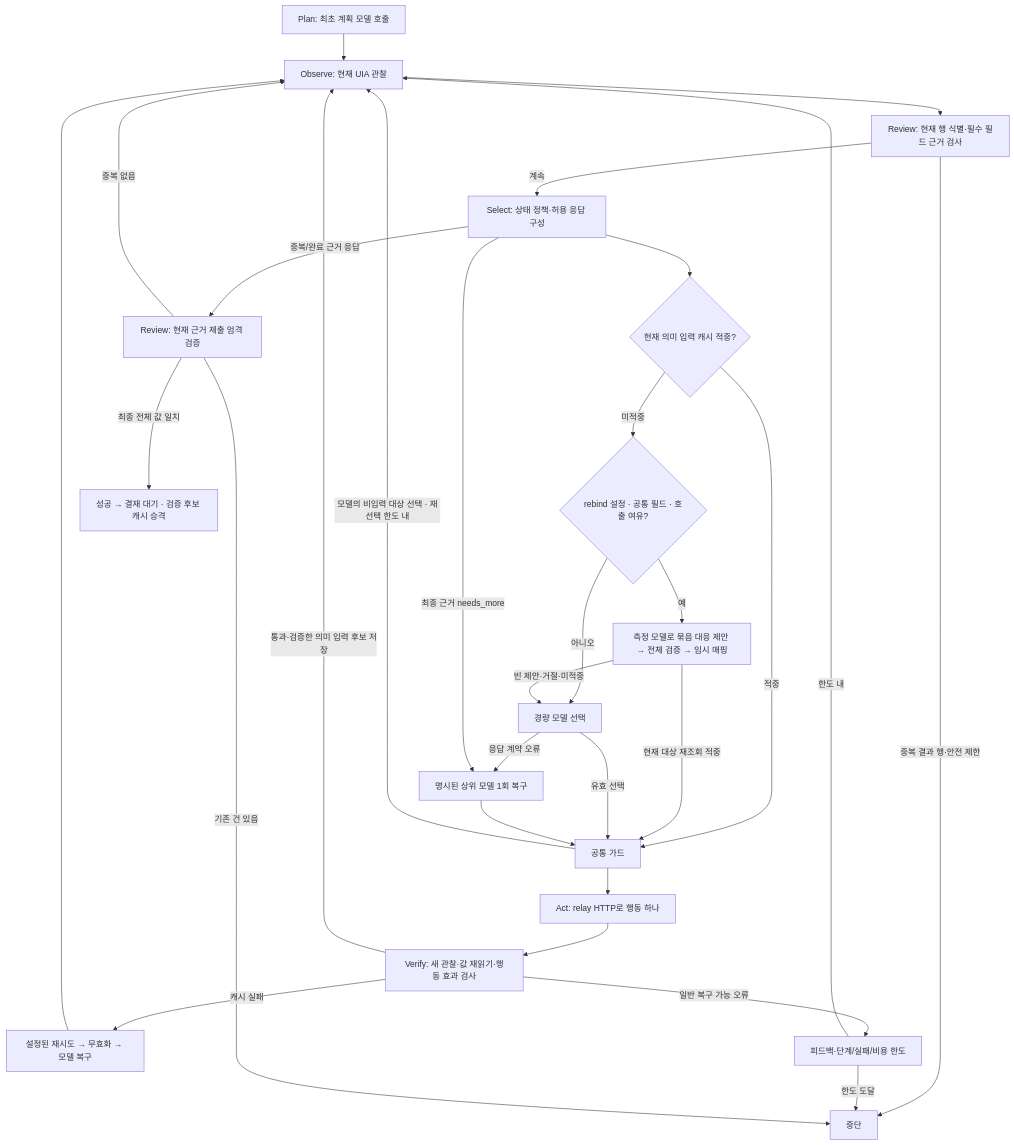
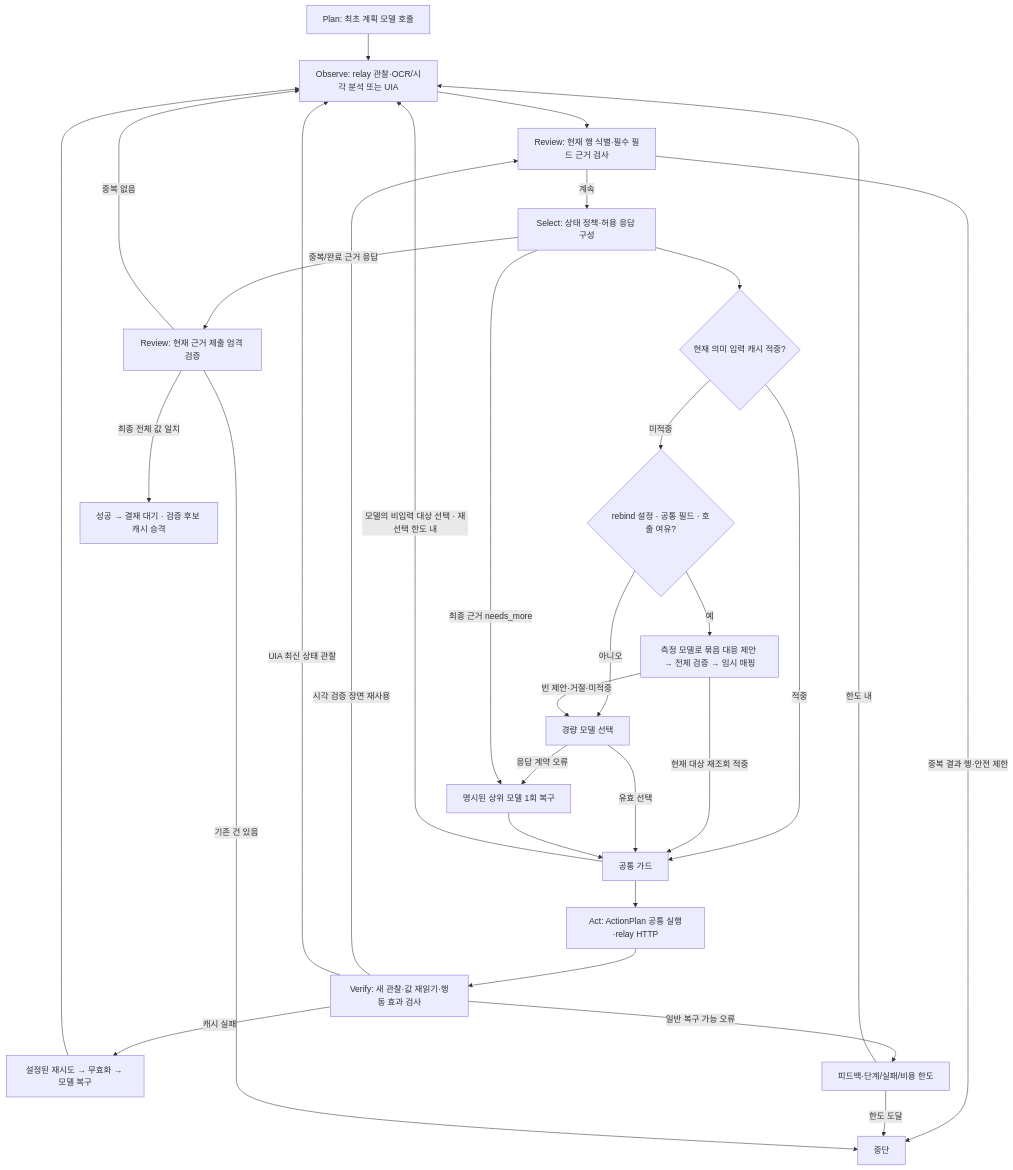
Before and after one commit to Dreamtreeme/agent-sawon: the second of 2 diagrams in docs/code-flow.md, drawn with Mermaid. The commit also changed other lines of this file and 22 other files, not shown here.

Commit message:
Unify action plan execution, evidence verification and model accounting

````diff
--- a/docs/code-flow.md
+++ b/docs/code-flow.md
@@ -26,31 +26,32 @@
 ```mermaid
 flowchart TD
-    PLAN["Plan: 최초 계획 모델 호출"] --> O["Observe: 현재 UIA 관찰"]
+    PLAN["Plan: 최초 계획 모델 호출"] --> O["Observe: relay 관찰·OCR/시각 분석 또는 UIA"]
     O --> R["Review: 현재 행 식별·필수 필드 근거 검사"]
     R -->|중복 결과 행·안전 제한| STOP["중단"]
     R -->|계속| POLICY["Select: 상태 정책·허용 응답 구성"]
     POLICY --> CACHE{"현재 의미 입력 캐시 적중?"}
     CACHE -->|적중| G["공통 가드"]
     CACHE -->|미적중| RB{"rebind 설정 · 공통 필드 · 호출 여유?"}
     RB -->|아니오| MODEL["경량 모델 선택"]
     RB -->|예| MAP["측정 모델로 묶음 대응 제안 → 전체 검증 → 임시 매핑"]
     MAP -->|현재 대상 재조회 적중| G
     MAP -->|빈 제안·거절·미적중| MODEL
     MODEL -->|유효 선택| G
     MODEL -->|응답 계약 오류| HIGH["명시된 상위 모델 1회 복구"]
     POLICY -->|최종 근거 needs_more| HIGH
     HIGH --> G
     G -->|모델의 비입력 대상 선택 · 재선택 한도 내| O
-    G --> ACT["Act: relay HTTP로 행동 하나"]
+    G --> ACT["Act: ActionPlan 공통 실행·relay HTTP"]
     ACT --> VERIFY["Verify: 새 관찰·값 재읽기·행동 효과 검사"]
-    VERIFY -->|통과·검증한 의미 입력 후보 저장| O
+    VERIFY -->|시각 검증 장면 재사용| R
+    VERIFY -->|UIA 최신 상태 관찰| O
     VERIFY -->|캐시 실패| RETRY["설정된 재시도 → 무효화 → 모델 복구"]
     RETRY --> O
     VERIFY -->|일반 복구 가능 오류| BOUND["피드백·단계/실패/비용 한도"]
     BOUND -->|한도 내| O
     BOUND -->|한도 도달| STOP
     POLICY -->|중복/완료 근거 응답| PROOF["Review: 현재 근거 제출 엄격 검증"]
     PROOF -->|중복 없음| O
     PROOF -->|기존 건 있음| STOP
     PROOF -->|최종 전체 값 일치| DONE["성공 → 결재 대기 · 검증 후보 캐시 승격"]
 ```
````
